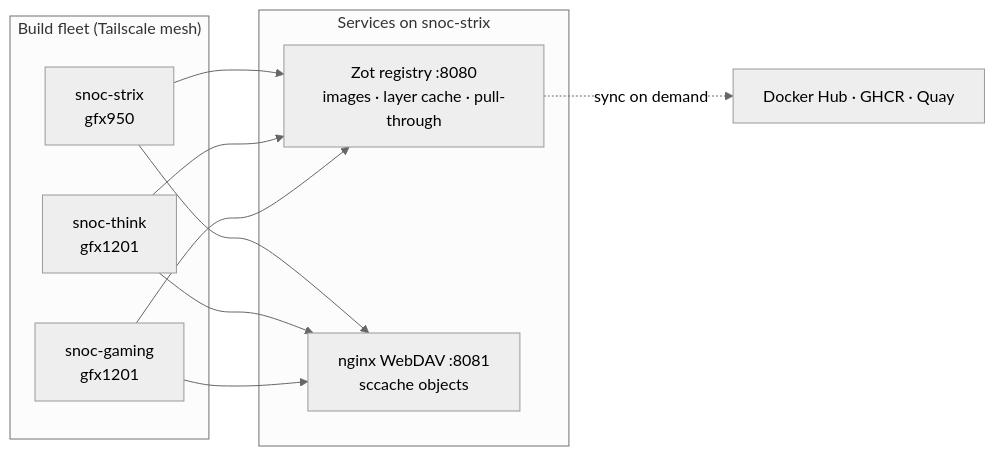
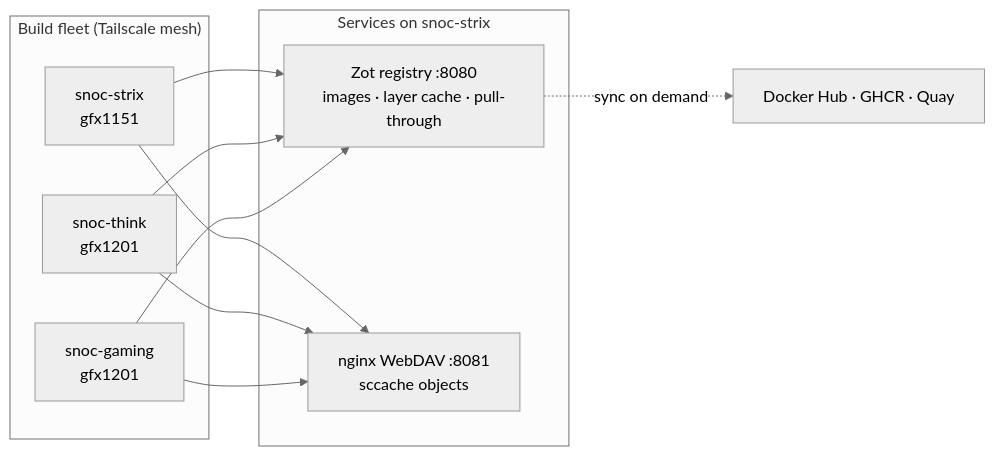
Before and after one commit to sbates130272/rocm-bake: the diagram in docs/index.md, drawn with Mermaid (neutral theme). The commit also changed other lines of this file and 10 other files, not shown here.

````diff
--- a/docs/index.md
+++ b/docs/index.md
@@ -62,21 +53,21 @@
 ```mermaid
 flowchart LR
     subgraph fleet["Build fleet (Tailscale mesh)"]
-        strix["snoc-strix<br/>gfx950"]
+        strix["snoc-strix<br/>gfx1151"]
         think["snoc-think<br/>gfx1201"]
         gaming["snoc-gaming<br/>gfx1201"]
     end
 
     subgraph services["Services on snoc-strix"]
         zot["Zot registry :8080<br/>images · layer cache · pull-through"]
         webdav["nginx WebDAV :8081<br/>sccache objects"]
     end
 
     strix --> zot
     think --> zot
     gaming --> zot
     strix --> webdav
     think --> webdav
     gaming --> webdav
     zot -. "sync on demand" .-> hub["Docker Hub · GHCR · Quay"]
 ```
````
